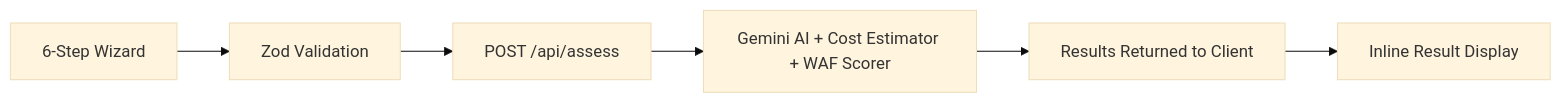
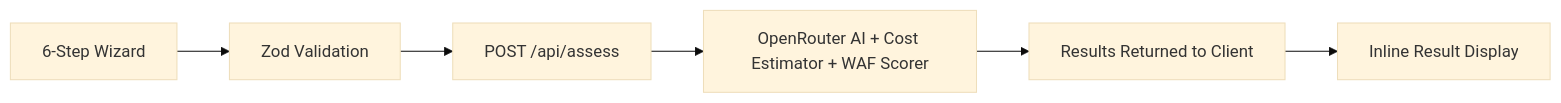
The third of 3 diagrams in README.md (AZWALUWU/arch-advisor), drawn with Mermaid (base theme) before and after one commit. The commit also changed other lines of this file and 14 other files, not shown here.

````diff
--- a/README.md
+++ b/README.md
@@ -150,8 +152,8 @@
 ```mermaid
 flowchart LR
     A["6-Step Wizard"] --> B["Zod Validation"]
     B --> C["POST /api/assess"]
-    C --> D["Gemini AI + Cost Estimator + WAF Scorer"]
+    C --> D["OpenRouter AI + Cost Estimator + WAF Scorer"]
     D --> E["Results Returned to Client"]
     E --> F["Inline Result Display"]
 ```
````
